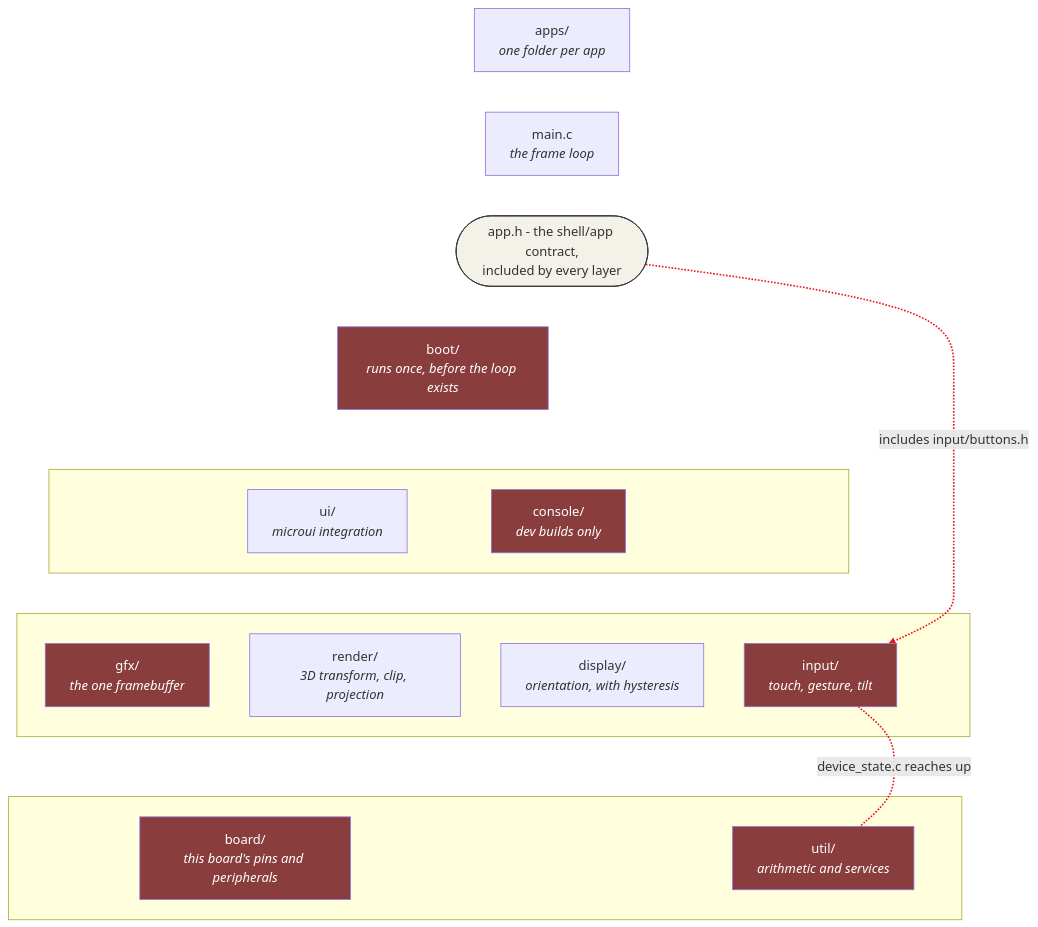
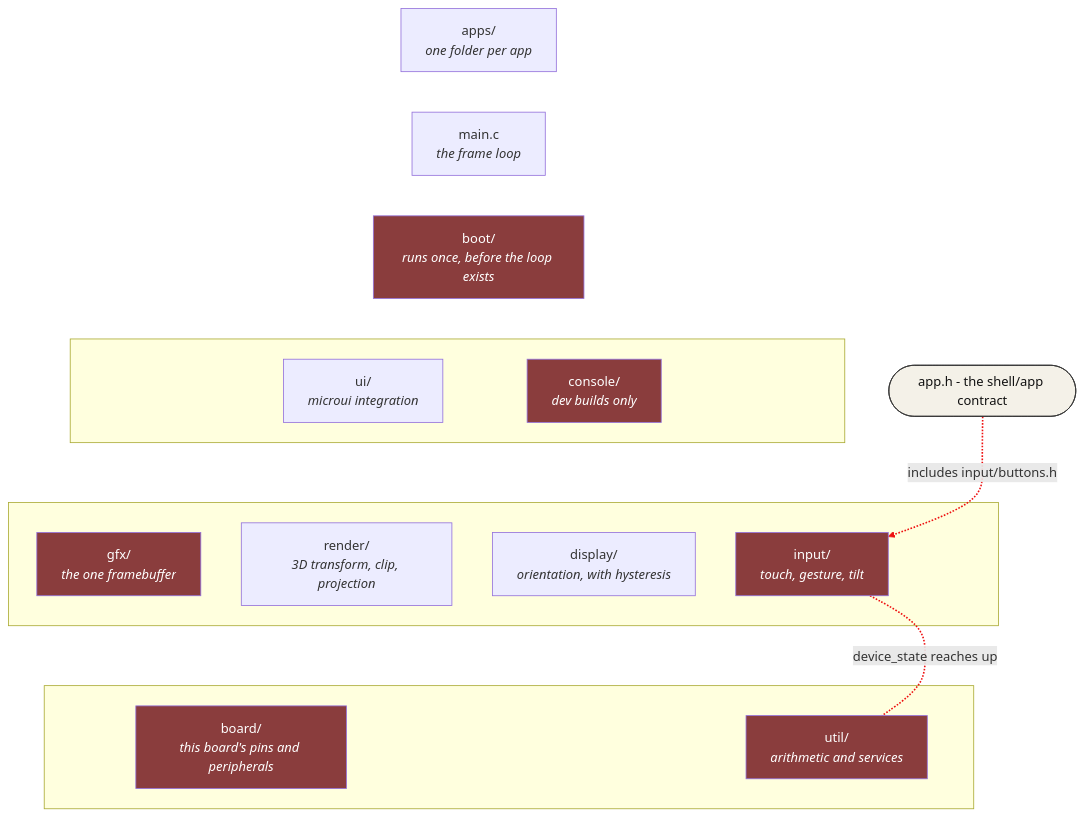
One commit to jose-villegas/autana changed the first of 3 diagrams in docs/Launcher-Architecture.md. Above: the diagram before and after it, drawn with Mermaid. The commit also changed other lines of this file, not shown here.

Commit message:
docs: place app.h beside the layer-map stack, not inside it
app.h sat inside the tier chain between main.c and boot/, so four lower
folders that never include it were drawn as if ranked below it with no
edge to justify that, and its label claimed every layer includes it,
which board/, display/, gfx/ and render/ do not. Moved it out of the
rank chain so it floats beside the stack on its own dashed edges, fixed
the label, and named the rule itself instead of the false universality
claim. The util/device_state edge is labelled from the header
(device_state.h, not .c) that actually reaches up. Rendered the result
in both the default and dark mmdc themes and read the PNGs - the
contract node's fill needed an explicit text colour to stay readable in
both.

````diff
--- a/docs/Launcher-Architecture.md
+++ b/docs/Launcher-Architecture.md
@@ -245,53 +245,55 @@
 ```mermaid
 flowchart TB
     classDef hw fill:#8a3d3d,color:#fff
-    classDef contract fill:#f4f1e8,stroke:#333,stroke-width:1px
+    classDef contract fill:#f4f1e8,stroke:#333,stroke-width:1px,color:#111
 
     Apps["apps/<br/><i>one folder per app</i>"]
     Main["main.c<br/><i>the frame loop</i>"]
-    Contract(["app.h - the shell/app contract,<br/>included by every layer"]):::contract
+    Contract(["app.h - the shell/app contract"]):::contract
     Boot["boot/<br/><i>runs once, before the loop exists</i>"]
 
     subgraph T4[" "]
         Ui["ui/<br/><i>microui integration</i>"]
         Console["console/<br/><i>dev builds only</i>"]
     end
     subgraph T5[" "]
         Gfx["gfx/<br/><i>the one framebuffer</i>"]
         Render["render/<br/><i>3D transform, clip, projection</i>"]
         Display["display/<br/><i>orientation, with hysteresis</i>"]
         Input["input/<br/><i>touch, gesture, tilt</i>"]
     end
     subgraph T6[" "]
         Board["board/<br/><i>this board's pins and peripherals</i>"]
         Util["util/<br/><i>arithmetic and services</i>"]
     end
 
-    Apps ~~~ Main ~~~ Contract ~~~ Boot
+    Apps ~~~ Main ~~~ Boot
     Boot ~~~ Ui
     Boot ~~~ Console
     Ui ~~~ Gfx
     Ui ~~~ Render
     Ui ~~~ Input
     Ui ~~~ Display
     Console ~~~ Gfx
     Console ~~~ Render
     Console ~~~ Input
     Console ~~~ Display
     Gfx ~~~ Board
     Gfx ~~~ Util
     Render ~~~ Board
     Render ~~~ Util
     Input ~~~ Board
     Input ~~~ Util
     Display ~~~ Board
     Display ~~~ Util
 
     class Boot,Gfx,Input,Console,Board,Util hw
 
+    %% Keep these two dashed edges last: linkStyle below recolours them by
+    %% index, so an edge added above this line is safe, one added below is not.
     Contract -.->|"includes input/buttons.h"| Input
-    Input <-.-|"device_state.c reaches up"| Util
+    Input <-.-|"device_state reaches up"| Util
 
+    linkStyle 20 stroke:#e11,stroke-width:2px
     linkStyle 21 stroke:#e11,stroke-width:2px
-    linkStyle 22 stroke:#e11,stroke-width:2px
 ```
````
